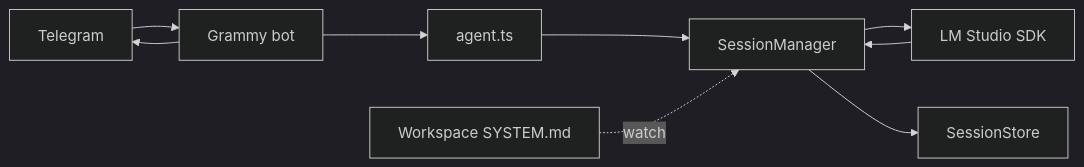
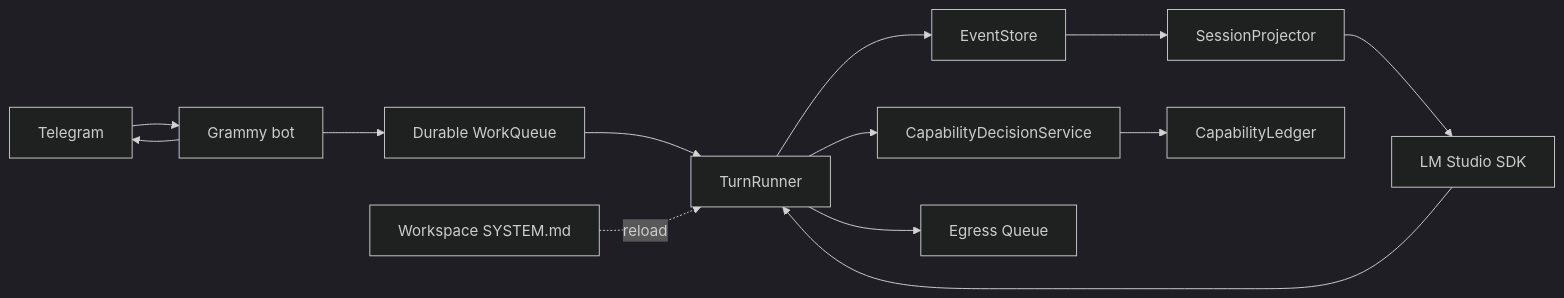
Before and after one commit to phughesmcr/deno-ai-agent: the diagram in README.md, drawn with Mermaid (dark theme). The commit also changed other lines of this file and 173 other files, not shown here.

````diff
--- a/README.md
+++ b/README.md
@@ -153,11 +153,15 @@
 ```mermaid
 flowchart LR
   TG[Telegram] --> Bot[Grammy bot]
-  Bot --> Agent[agent.ts]
-  Agent --> Sess[SessionManager]
-  Sess --> LM[LM Studio SDK]
-  LM --> Sess
-  Sess --> Store[SessionStore]
+  Bot --> Queue[Durable WorkQueue]
+  Queue --> Runner[TurnRunner]
+  Runner --> Events[EventStore]
+  Events --> Projector[SessionProjector]
+  Projector --> LM[LM Studio SDK]
+  LM --> Runner
+  Runner --> Decisions[CapabilityDecisionService]
+  Decisions --> Ledger[CapabilityLedger]
+  Runner --> Egress[Egress Queue]
   Bot --> TG
-  WS[Workspace SYSTEM.md] -.->|watch| Sess
+  WS[Workspace SYSTEM.md] -.->|reload| Runner
 ```
````
